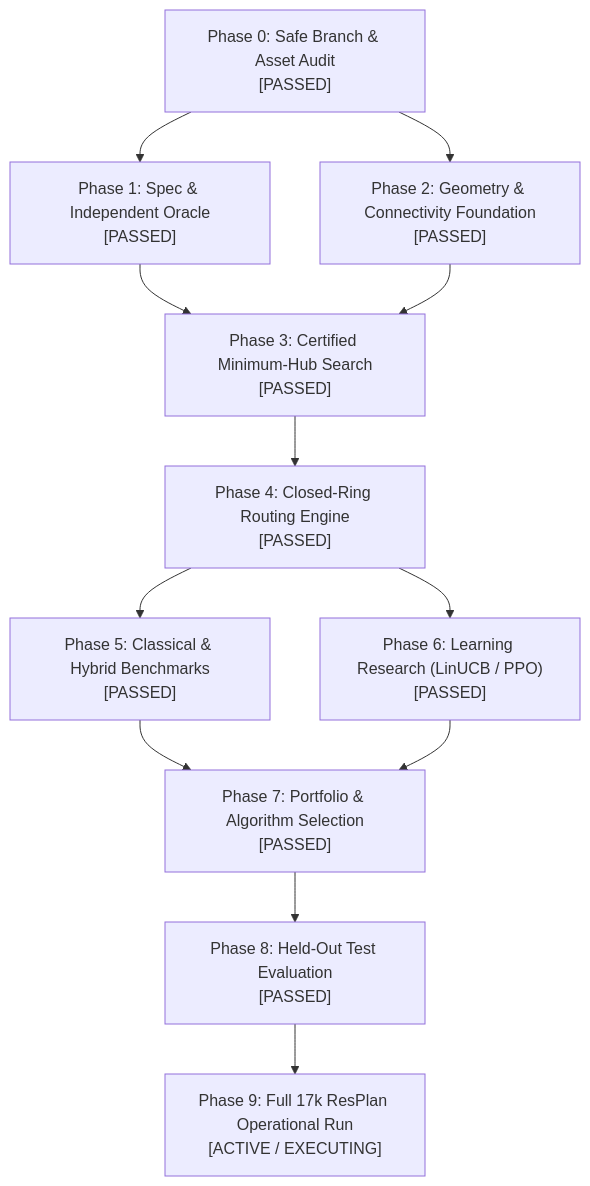
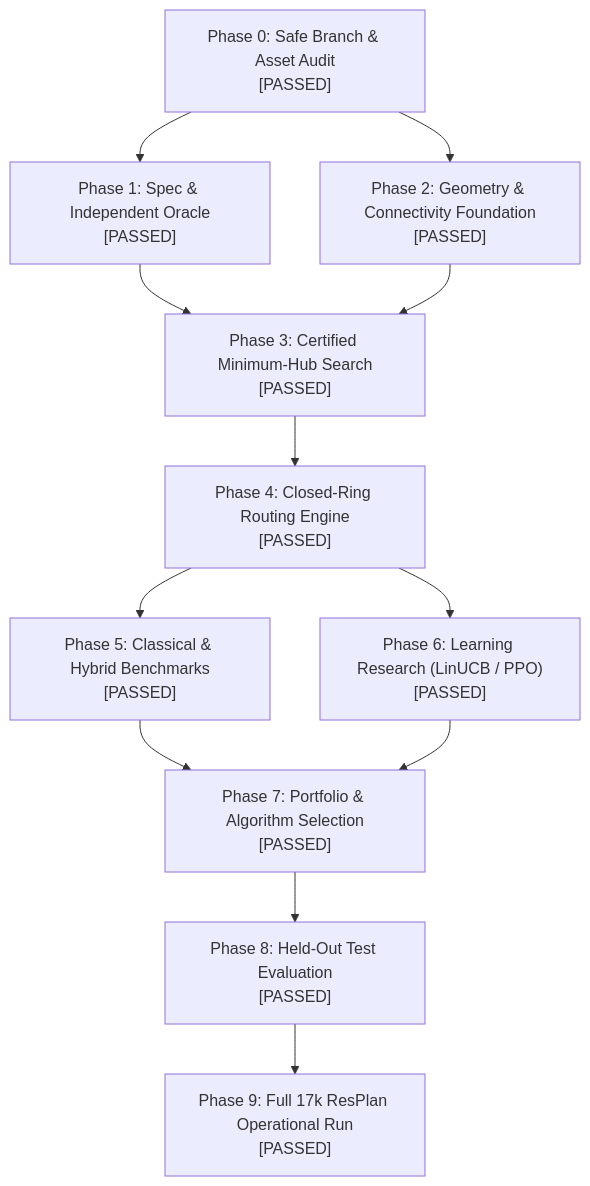
Before and after one commit to KPB040107/honeywell-cable-ring-optimization: the diagram in reports/prd_execution_status.md, drawn with Mermaid. The commit also changed other lines of this file and 6 other files, not shown here.

Commit message:
feat(phase9): complete 17k ResPlan operational run and finalize all PRD deliverables

````diff
--- a/reports/prd_execution_status.md
+++ b/reports/prd_execution_status.md
@@ -13,14 +13,14 @@
 ```mermaid
 flowchart TD
     P0["Phase 0: Safe Branch & Asset Audit\n[PASSED]"] --> P1["Phase 1: Spec & Independent Oracle\n[PASSED]"]
     P0 --> P2["Phase 2: Geometry & Connectivity Foundation\n[PASSED]"]
     P1 --> P3["Phase 3: Certified Minimum-Hub Search\n[PASSED]"]
     P2 --> P3
     P3 --> P4["Phase 4: Closed-Ring Routing Engine\n[PASSED]"]
     P4 --> P5["Phase 5: Classical & Hybrid Benchmarks\n[PASSED]"]
     P4 --> P6["Phase 6: Learning Research (LinUCB / PPO)\n[PASSED]"]
     P5 --> P7["Phase 7: Portfolio & Algorithm Selection\n[PASSED]"]
     P6 --> P7
     P7 --> P8["Phase 8: Held-Out Test Evaluation\n[PASSED]"]
-    P8 --> P9["Phase 9: Full 17k ResPlan Operational Run\n[ACTIVE / EXECUTING]"]
+    P8 --> P9["Phase 9: Full 17k ResPlan Operational Run\n[PASSED]"]
 ```
````
